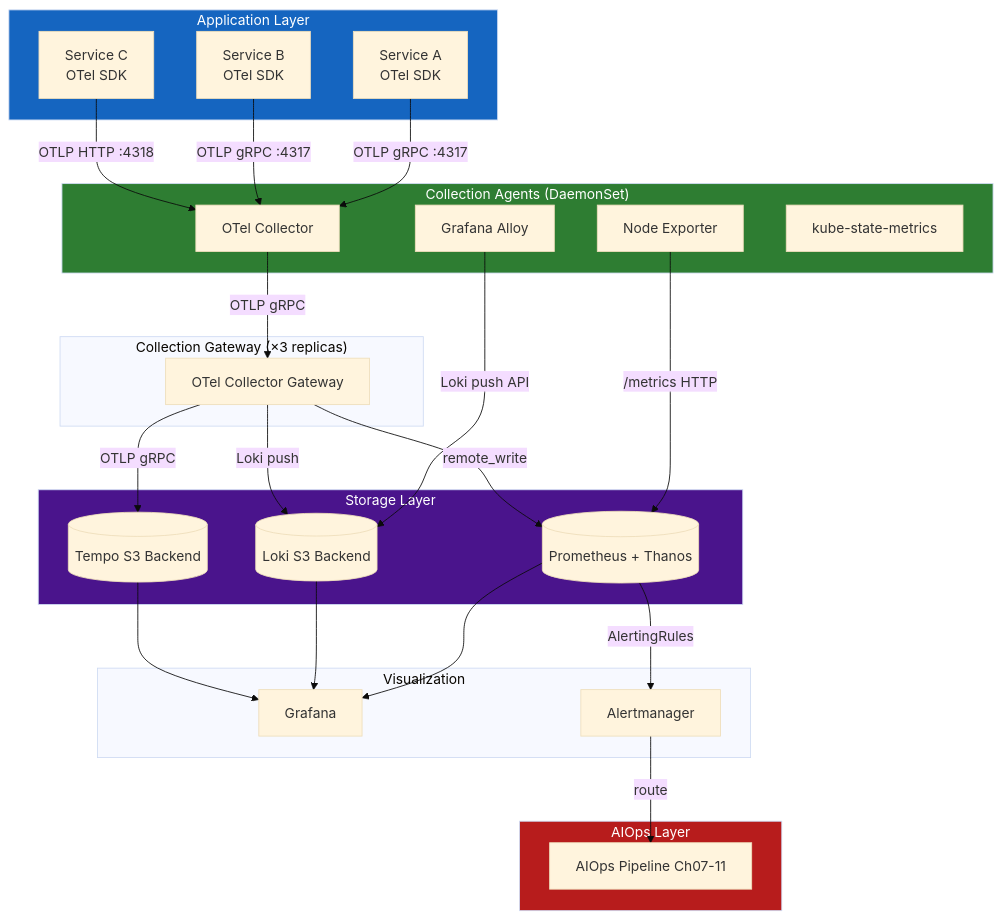
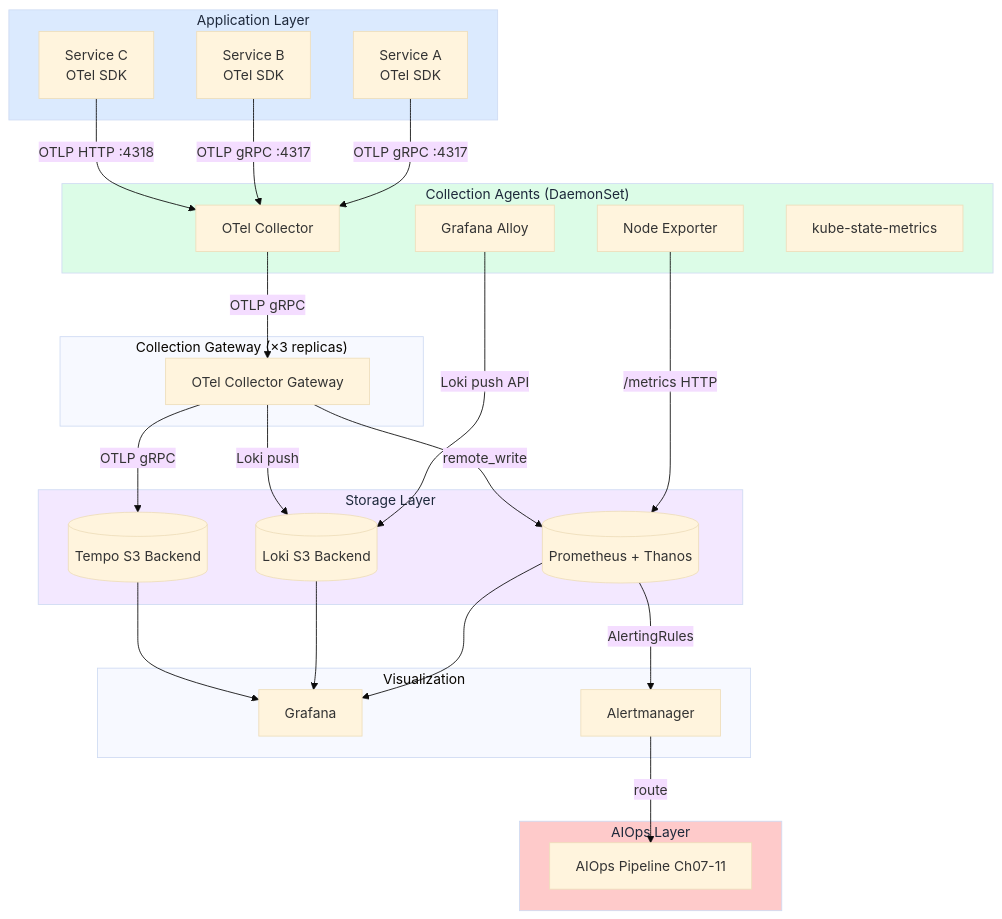
One commit to XUanhoa04/aiops-engineering-handbook changed the fifth of 9 diagrams in docs/en/01-observability/README.md. Above: the diagram before and after it, drawn with Mermaid (base theme). The commit also changed other lines of this file and 39 other files, not shown here.

First line of the commit message:
docs: concept-first Ch.08-12, collapse code, soft Mermaid colors

````diff
--- a/docs/en/01-observability/README.md
+++ b/docs/en/01-observability/README.md
@@ -753,54 +753,54 @@
 ```mermaid
 flowchart TD
     subgraph Apps["Application Layer"]
         SVC1[Service A\nOTel SDK]
         SVC2[Service B\nOTel SDK]
         SVC3[Service C\nOTel SDK]
     end
 
     subgraph Agents["Collection Agents (DaemonSet)"]
         OTC[OTel Collector]
         PROMTAIL[Grafana Alloy]
         NODE[Node Exporter]
         KUBELET[kube-state-metrics]
     end
 
     subgraph Gateway["Collection Gateway (×3 replicas)"]
         OTCGW[OTel Collector Gateway]
     end
 
     subgraph Storage["Storage Layer"]
         PROM[(Prometheus + Thanos)]
         LOKI[(Loki S3 Backend)]
         TEMPO[(Tempo S3 Backend)]
     end
 
     subgraph Viz["Visualization"]
         GRF[Grafana]
         AM[Alertmanager]
     end
 
     subgraph AIOps["AIOps Layer"]
         AIOPS[AIOps Pipeline Ch07-11]
     end
 
     SVC1 -->|OTLP gRPC :4317| OTC
     SVC2 -->|OTLP gRPC :4317| OTC
     SVC3 -->|OTLP HTTP :4318| OTC
     OTC -->|OTLP gRPC| OTCGW
     PROMTAIL -->|Loki push API| LOKI
     NODE -->|/metrics HTTP| PROM
     OTCGW -->|remote_write| PROM
     OTCGW -->|Loki push| LOKI
     OTCGW -->|OTLP gRPC| TEMPO
     PROM --> GRF
     LOKI --> GRF
     TEMPO --> GRF
     PROM -->|AlertingRules| AM
     AM -->|route| AIOPS
 
-    style Apps fill:#1565c0,color:#fff
-    style Agents fill:#2e7d32,color:#fff
-    style Storage fill:#4a148c,color:#fff
-    style AIOps fill:#b71c1c,color:#fff
+    style Apps fill:#dbeafe,color:#1e293b
+    style Agents fill:#dcfce7,color:#1e293b
+    style Storage fill:#f3e8ff,color:#1e293b
+    style AIOps fill:#fecaca,color:#1e293b
 ```
````
